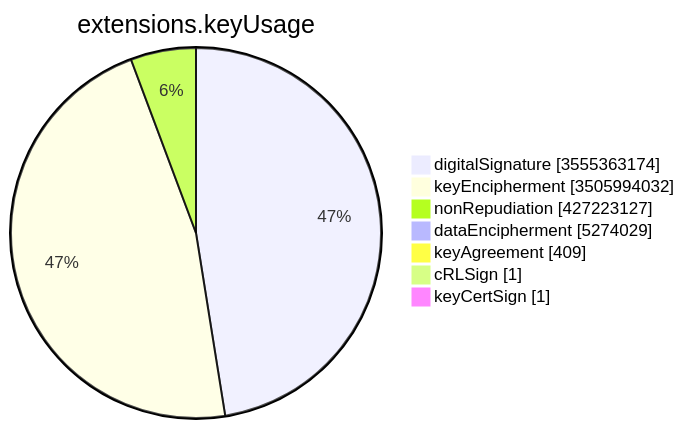
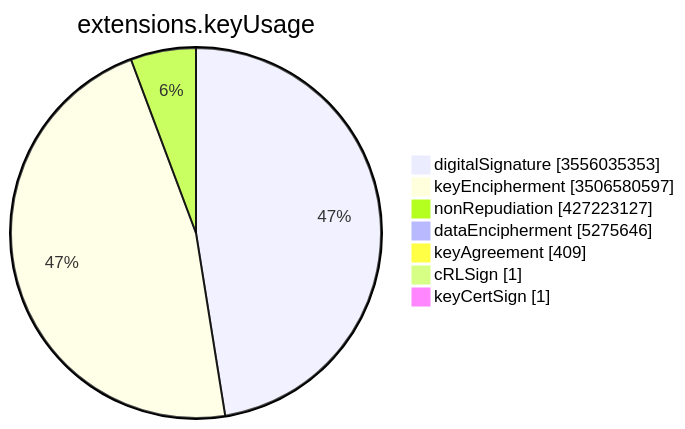
One commit to christiankrug/ctmonitor_visualization changed the sixth of 15 diagrams in TOTAL/README.md. Above: the diagram before and after it, drawn with Mermaid. The commit also changed other lines of this file, not shown here.

````diff
--- a/TOTAL/README.md
+++ b/TOTAL/README.md
@@ -3083,11 +3083,11 @@
 ```mermaid
 pie showData
 title extensions.keyUsage
-"digitalSignature" :3555363174
-"keyEncipherment" :3505994032
+"digitalSignature" :3556035353
+"keyEncipherment" :3506580597
 "nonRepudiation" :427223127
-"dataEncipherment" :5274029
+"dataEncipherment" :5275646
 "keyAgreement" :409
 "cRLSign" :1
 "keyCertSign" :1
 ```
````
